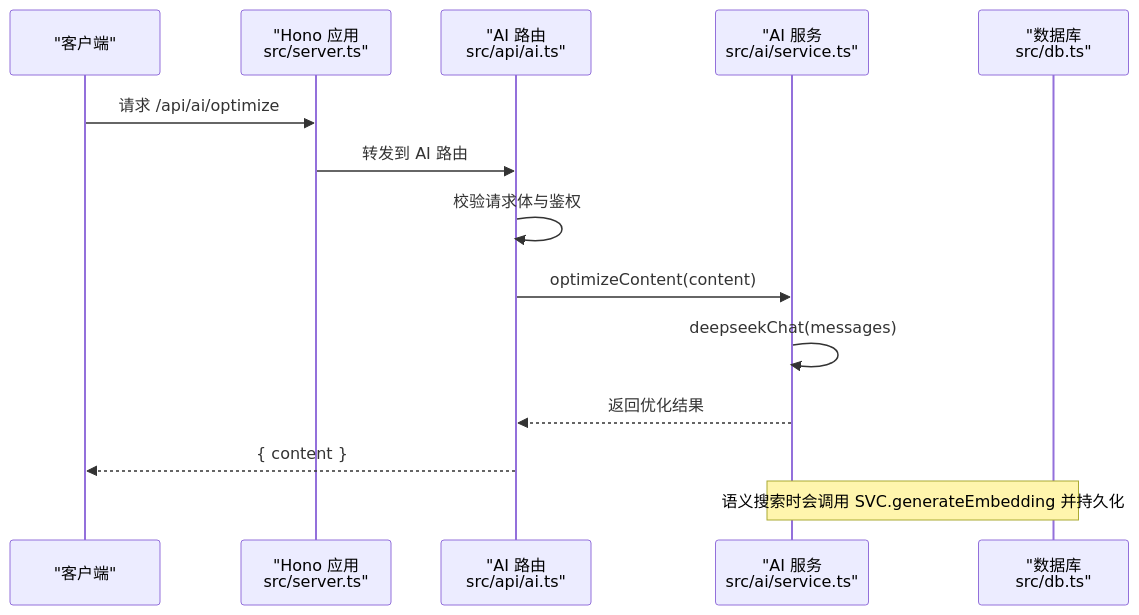
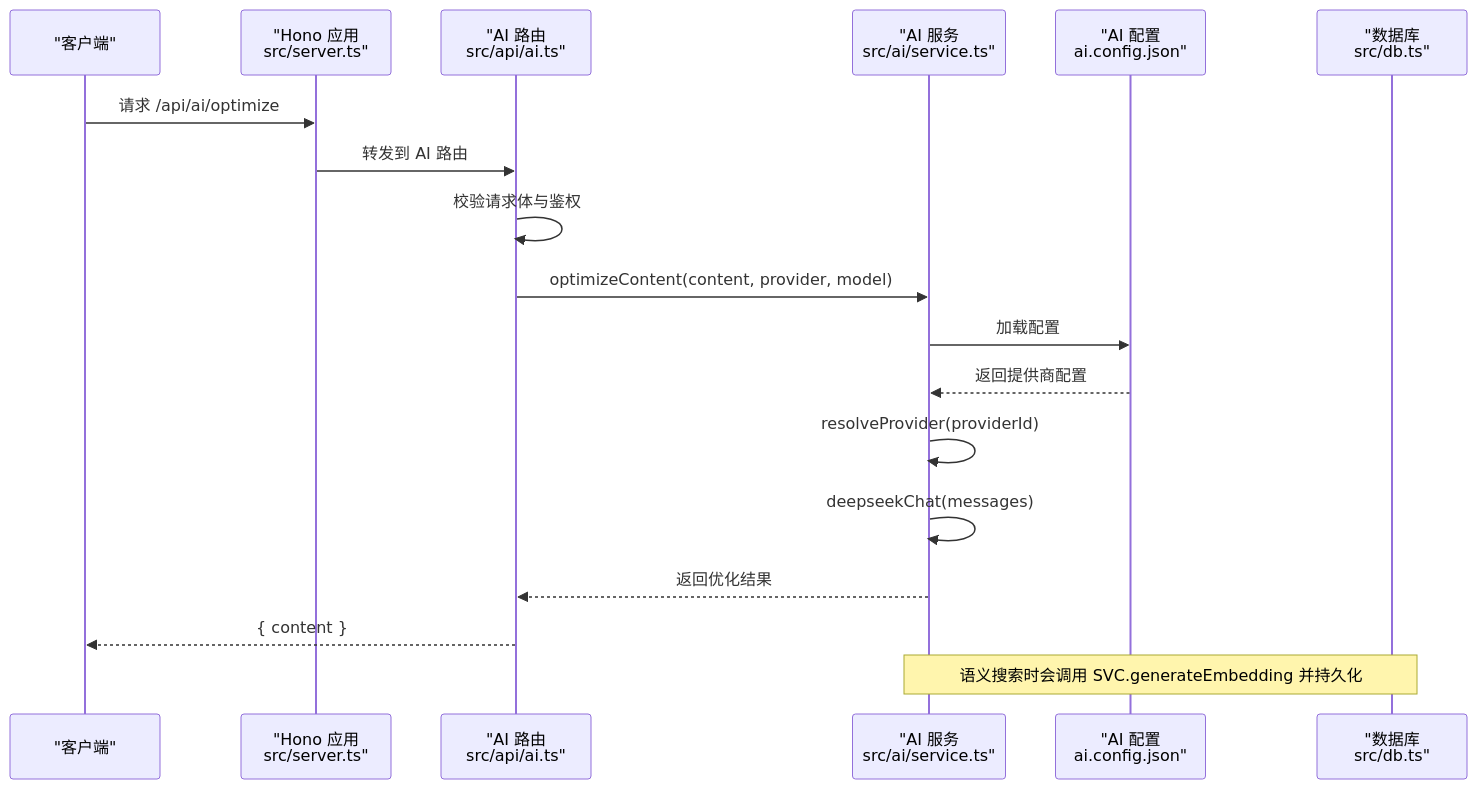
Before and after one commit to BlackBoxRecorder/memos: the second of 6 diagrams in .qoder/repowiki/zh/content/API 接口文档/AI 集成 API.md, drawn with Mermaid. The commit also changed other lines of this file and 8 other files, not shown here.

````diff
--- a/.qoder/repowiki/zh/content/API 接口文档/AI 集成 API.md
+++ b/.qoder/repowiki/zh/content/API 接口文档/AI 集成 API.md
@@ -99,16 +116,20 @@
 ```mermaid
 sequenceDiagram
 participant C as "客户端"
 participant S as "Hono 应用<br/>src/server.ts"
 participant A as "AI 路由<br/>src/api/ai.ts"
 participant SVC as "AI 服务<br/>src/ai/service.ts"
+participant CFG as "AI 配置<br/>ai.config.json"
 participant DB as "数据库<br/>src/db.ts"
 C->>S : 请求 /api/ai/optimize
 S->>A : 转发到 AI 路由
 A->>A : 校验请求体与鉴权
-A->>SVC : optimizeContent(content)
+A->>SVC : optimizeContent(content, provider, model)
+SVC->>CFG : 加载配置
+CFG-->>SVC : 返回提供商配置
+SVC->>SVC : resolveProvider(providerId)
 SVC->>SVC : deepseekChat(messages)
 SVC-->>A : 返回优化结果
 A-->>C : { content }
 Note over SVC,DB : 语义搜索时会调用 SVC.generateEmbedding 并持久化
 ```
````
